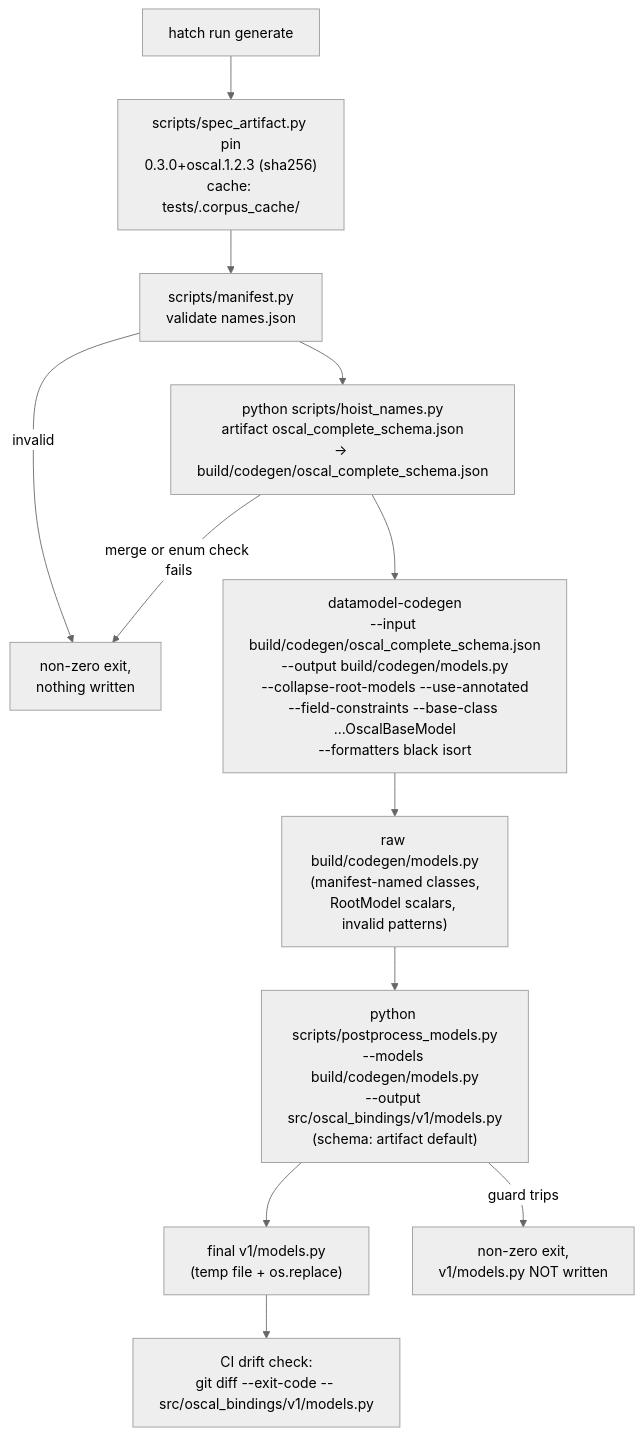
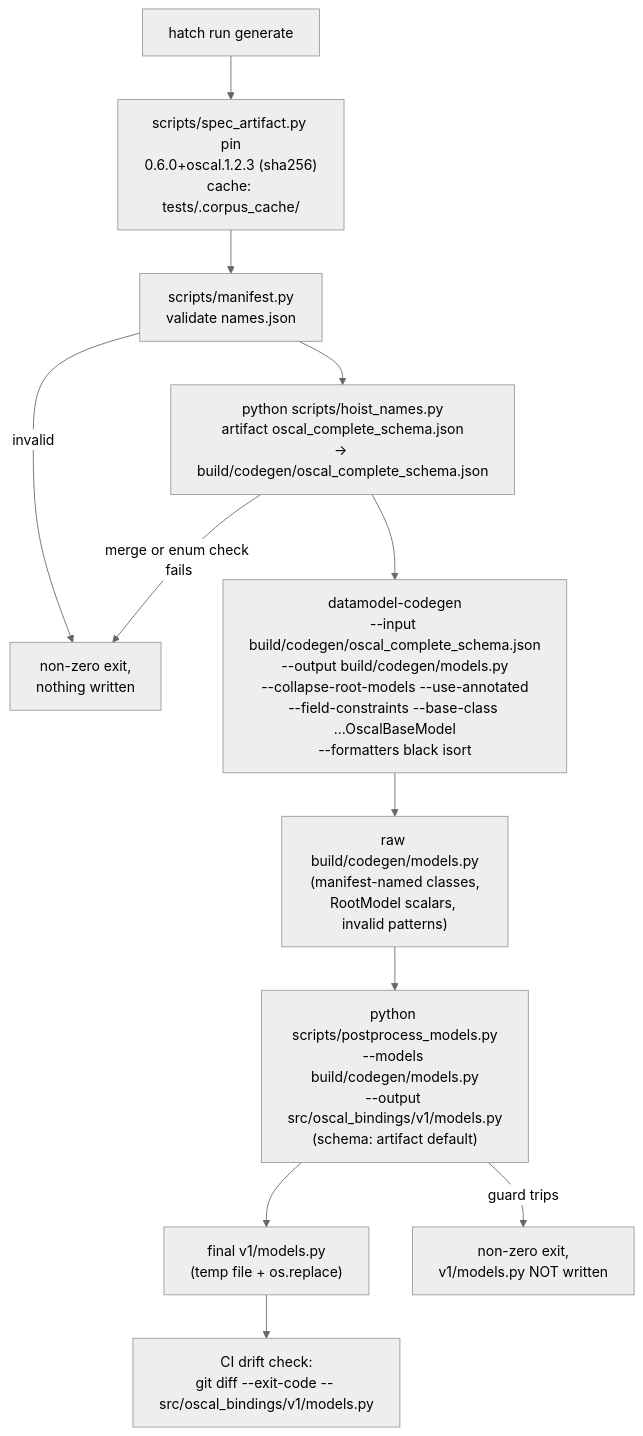
Before and after one commit to cairn-proofs/oscal-bindings-python: the first of 7 diagrams in .agents/summary/workflows.md, drawn with Mermaid (neutral theme). The commit also changed 23 other files, not shown here.

First line of the commit message:
Move the spec pin to 0.6.0+oscal.1.2.3 and document the JSON limits (#35) (#37)

````diff
--- a/.agents/summary/workflows.md
+++ b/.agents/summary/workflows.md
@@ -8,14 +8,14 @@
 ```mermaid
 flowchart TD
-    A["hatch run generate"] --> P["scripts/spec_artifact.py pin<br/>0.3.0+oscal.1.2.3 (sha256)<br/>cache: tests/.corpus_cache/"]
+    A["hatch run generate"] --> P["scripts/spec_artifact.py pin<br/>0.6.0+oscal.1.2.3 (sha256)<br/>cache: tests/.corpus_cache/"]
     P --> M["scripts/manifest.py<br/>validate names.json"]
     M -->|"invalid"| X["non-zero exit,<br/>nothing written"]
     M --> H["python scripts/hoist_names.py<br/>artifact oscal_complete_schema.json<br/>→ build/codegen/oscal_complete_schema.json"]
     H -->|"merge or enum check fails"| X
     H --> B["datamodel-codegen<br/>--input build/codegen/oscal_complete_schema.json<br/>--output build/codegen/models.py<br/>--collapse-root-models --use-annotated<br/>--field-constraints --base-class ...OscalBaseModel<br/>--formatters black isort"]
     B --> C["raw build/codegen/models.py<br/>(manifest-named classes,<br/>RootModel scalars, invalid patterns)"]
     C --> D["python scripts/postprocess_models.py<br/>--models build/codegen/models.py<br/>--output src/oscal_bindings/v1/models.py<br/>(schema: artifact default)"]
     D --> E["final v1/models.py<br/>(temp file + os.replace)"]
     E --> G["CI drift check:<br/>git diff --exit-code -- src/oscal_bindings/v1/models.py"]
     D -->|"guard trips"| F["non-zero exit,<br/>v1/models.py NOT written"]
 ```
````
